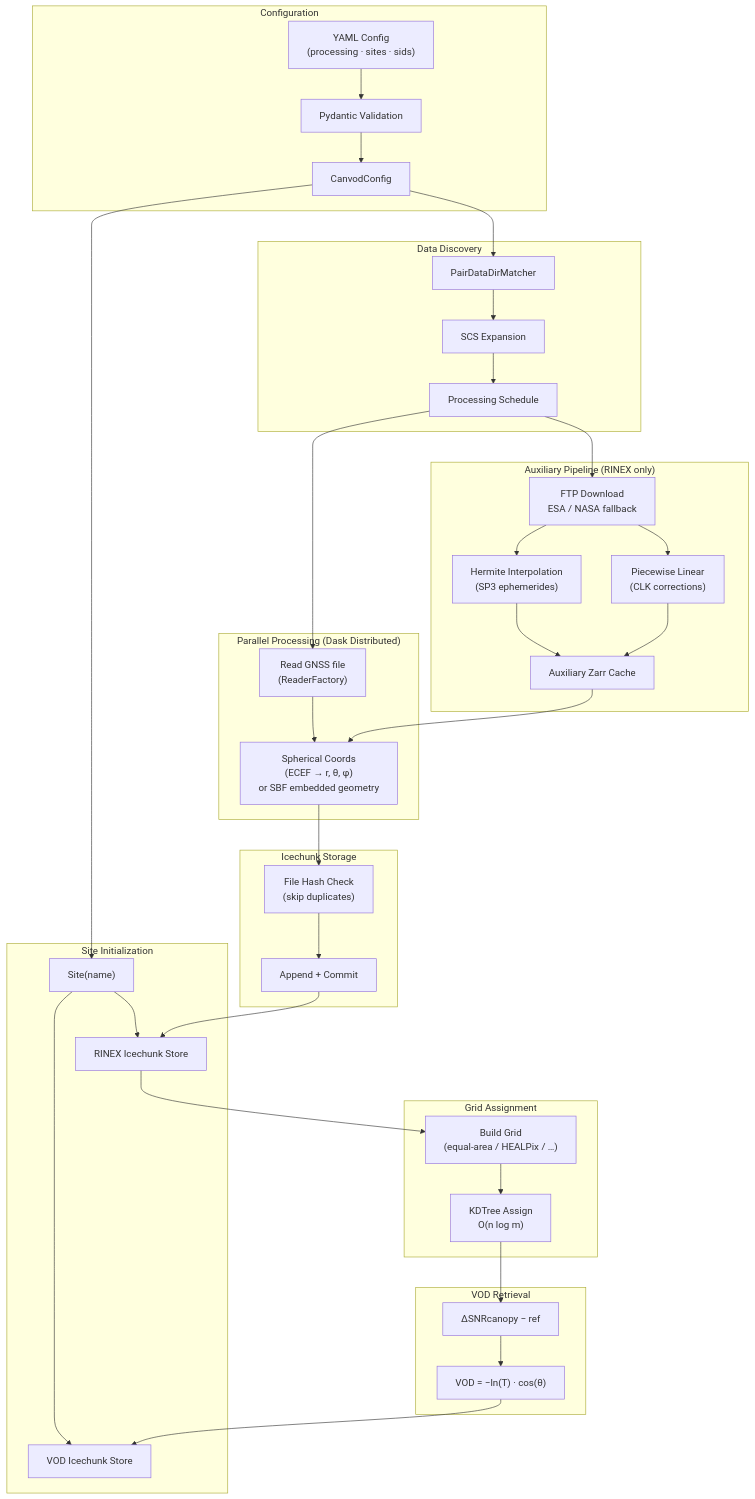
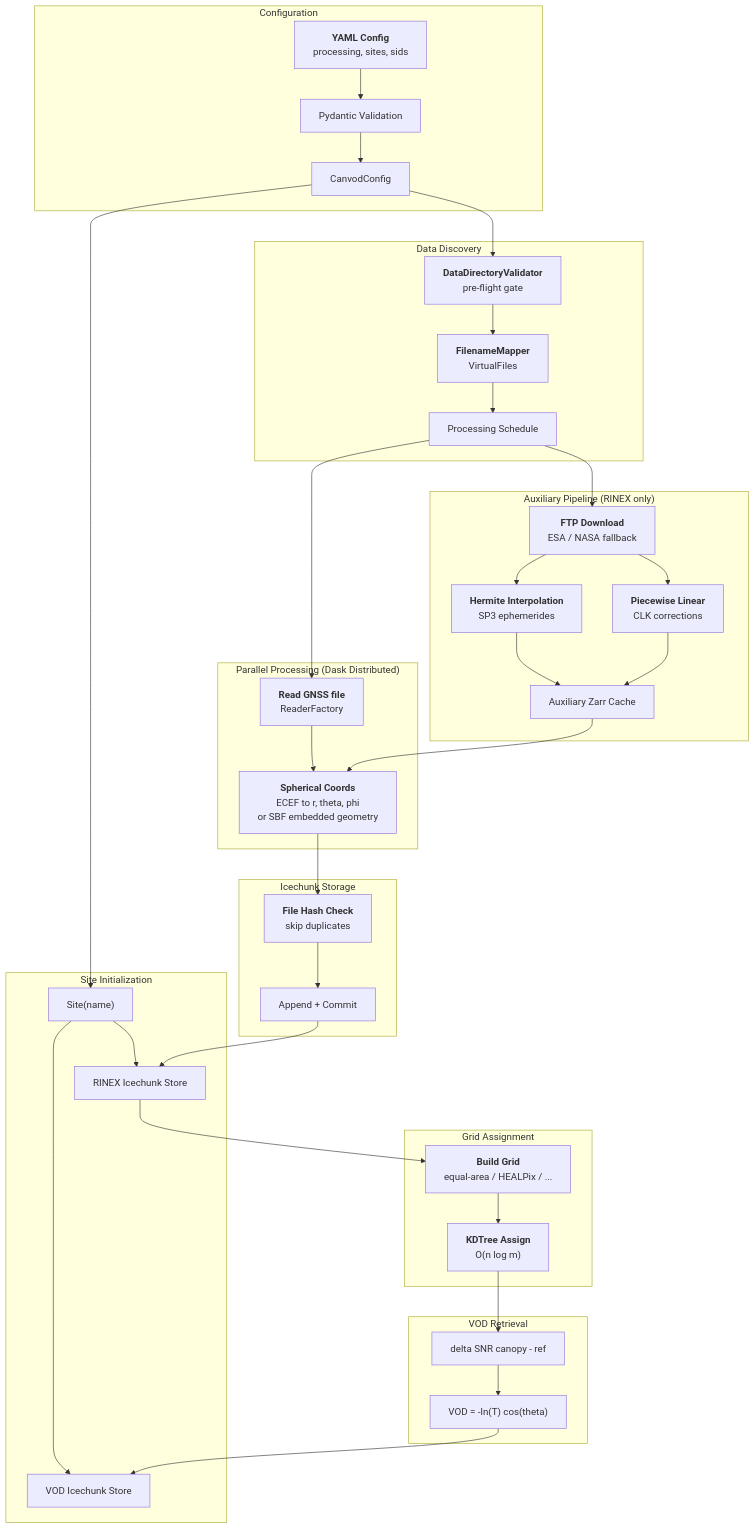
One commit to konstantinschellenberg/canvodpy changed the second of 2 diagrams in docs/architecture.md. Above: the diagram before and after it, drawn with Mermaid. The commit also changed other lines of this file and 38 other files, not shown here.

````diff
--- a/docs/architecture.md
+++ b/docs/architecture.md
@@ -164,62 +175,74 @@
 ```mermaid
 flowchart TD
     subgraph CFG["Configuration"]
-        YAML["YAML Config\n(processing · sites · sids)"]
+        YAML["`**YAML Config**
+        processing, sites, sids`"]
         PYDANTIC["Pydantic Validation"]
         CONFIG["CanvodConfig"]
     end
 
     subgraph INIT["Site Initialization"]
         SITE["Site(name)"]
         RINEX_STORE["RINEX Icechunk Store"]
         VOD_STORE["VOD Icechunk Store"]
     end
 
     subgraph DISCOVERY["Data Discovery"]
-        MATCHER["PairDataDirMatcher"]
-        EXPAND["SCS Expansion"]
+        VALIDATOR["`**DataDirectoryValidator**
+        pre-flight gate`"]
+        MAPPER["`**FilenameMapper**
+        VirtualFiles`"]
         SCHEDULE["Processing Schedule"]
     end
 
     subgraph AUX["Auxiliary Pipeline (RINEX only)"]
-        FTP["FTP Download\nESA / NASA fallback"]
-        HERMITE["Hermite Interpolation\n(SP3 ephemerides)"]
-        LINEAR["Piecewise Linear\n(CLK corrections)"]
+        FTP["`**FTP Download**
+        ESA / NASA fallback`"]
+        HERMITE["`**Hermite Interpolation**
+        SP3 ephemerides`"]
+        LINEAR["`**Piecewise Linear**
+        CLK corrections`"]
         AUX_ZARR["Auxiliary Zarr Cache"]
     end
 
     subgraph PARALLEL["Parallel Processing (Dask Distributed)"]
-        READ_R["Read GNSS file\n(ReaderFactory)"]
-        SPHERICAL["Spherical Coords\n(ECEF → r, θ, φ)\nor SBF embedded geometry"]
+        READ_R["`**Read GNSS file**
+        ReaderFactory`"]
+        SPHERICAL["`**Spherical Coords**
+        ECEF to r, theta, phi
+        or SBF embedded geometry`"]
     end
 
     subgraph WRITE["Icechunk Storage"]
-        HASH_CHECK["File Hash Check\n(skip duplicates)"]
+        HASH_CHECK["`**File Hash Check**
+        skip duplicates`"]
         APPEND["Append + Commit"]
     end
 
     subgraph GRID["Grid Assignment"]
-        BUILD_GRID["Build Grid\n(equal-area / HEALPix / …)"]
-        KDTREE["KDTree Assign\nO(n log m)"]
+        BUILD_GRID["`**Build Grid**
+        equal-area / HEALPix / ...`"]
+        KDTREE["`**KDTree Assign**
+        O(n log m)`"]
     end
 
     subgraph VOD["VOD Retrieval"]
-        DELTA["ΔSNRcanopy − ref"]
-        TAU["VOD = −ln(T) · cos(θ)"]
+        DELTA["delta SNR canopy - ref"]
+        TAU["VOD = -ln(T) cos(theta)"]
     end
 
     YAML --> PYDANTIC --> CONFIG --> SITE
     SITE --> RINEX_STORE & VOD_STORE
 
-    CONFIG --> MATCHER --> EXPAND --> SCHEDULE
+    CONFIG --> VALIDATOR --> MAPPER --> SCHEDULE
 
     SCHEDULE --> FTP --> HERMITE & LINEAR --> AUX_ZARR
 
     SCHEDULE --> READ_R --> SPHERICAL
     AUX_ZARR --> SPHERICAL
 
     SPHERICAL --> HASH_CHECK --> APPEND --> RINEX_STORE
 
     RINEX_STORE --> BUILD_GRID --> KDTREE --> DELTA --> TAU
     TAU --> VOD_STORE
 ```
````
